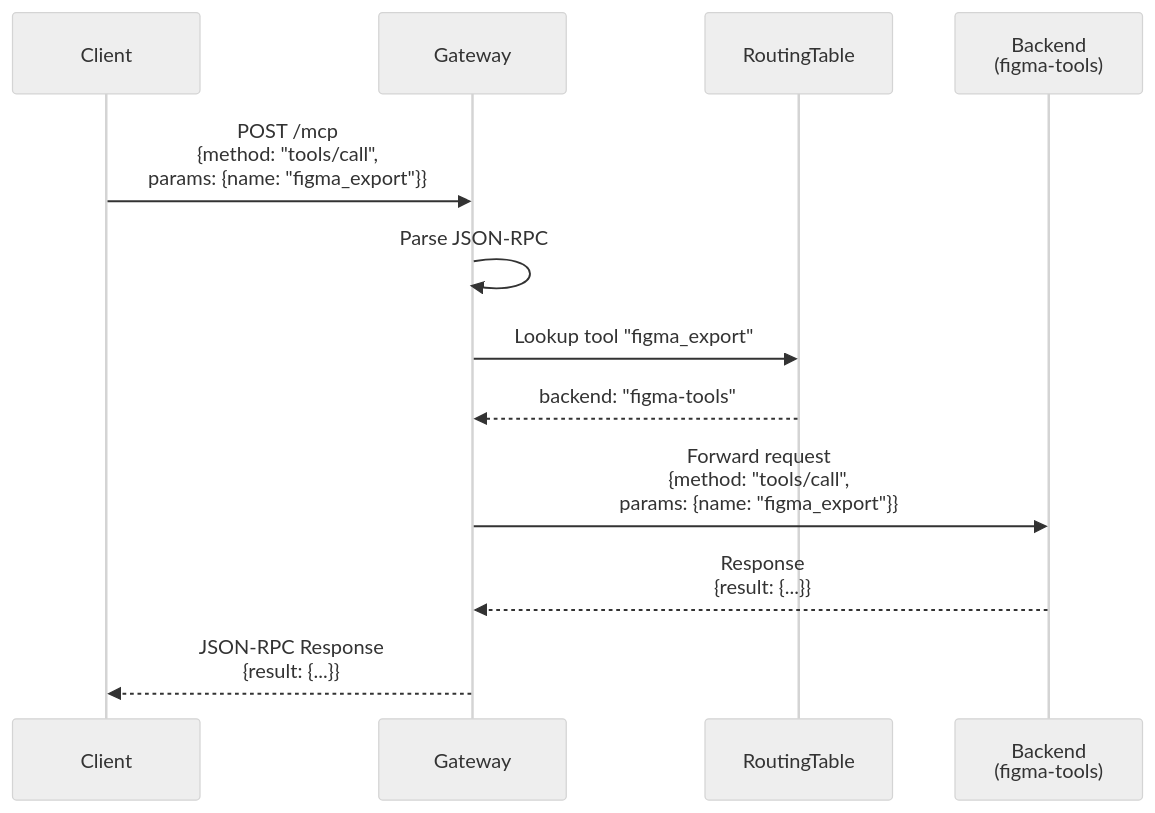
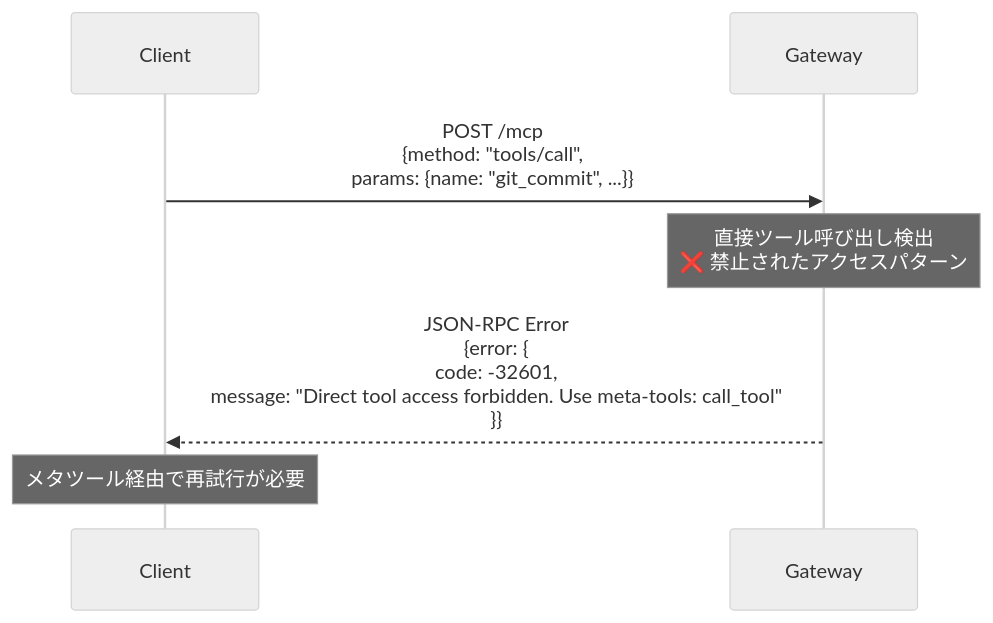
The fourth of 8 diagrams in docs/sequence-diagram.md (takutakahashi/awesome-mcp-proxy), drawn with Mermaid (neutral theme) before and after one commit. The commit also changed other lines of this file and 1 other file, not shown here.

Commit message:
feat: Enforce meta-tool-only access for all tool execution
- 直接ツール呼び出しを完全に禁止し、メタツール経由のみでアクセス可能に変更
- tools/call で直接バックエンドツール名を指定した場合はエラーを返す仕様を追加
- メタツールによる3段階ワークフロー（list_tools → describe_tool → call_tool）を必須化
- 新しい直接ツール呼び出し拒否のシーケンス図を追加
- セキュリティ指標に直接ツール呼び出し阻止率100%を追加

Breaking Change: 既存の直接ツール呼び出しAPIは利用不可となります

🤖 Generated with [Claude Code](https://claude.ai/code)

````diff
--- a/docs/sequence-diagram.md
+++ b/docs/sequence-diagram.md
@@ -51,20 +114,13 @@
 ```mermaid
 sequenceDiagram
     participant C as Client
     participant GW as Gateway
-    participant RT as RoutingTable
-    participant B as Backend<br/>(figma-tools)
 
-    C->>GW: POST /mcp<br/>{method: "tools/call",<br/>params: {name: "figma_export"}}
+    C->>GW: POST /mcp<br/>{method: "tools/call",<br/>params: {name: "git_commit", ...}}
     
-    GW->>GW: Parse JSON-RPC
+    Note over GW: 直接ツール呼び出し検出<br/>❌ 禁止されたアクセスパターン
     
-    GW->>RT: Lookup tool "figma_export"
-    RT-->>GW: backend: "figma-tools"
+    GW-->>C: JSON-RPC Error<br/>{error: {<br/>  code: -32601,<br/>  message: "Direct tool access forbidden. Use meta-tools: call_tool"<br/>}}
     
-    GW->>B: Forward request<br/>{method: "tools/call",<br/>params: {name: "figma_export"}}
-    
-    B-->>GW: Response<br/>{result: {...}}
-    
-    GW-->>C: JSON-RPC Response<br/>{result: {...}}
+    Note over C: メタツール経由で再試行が必要
 ```
````
